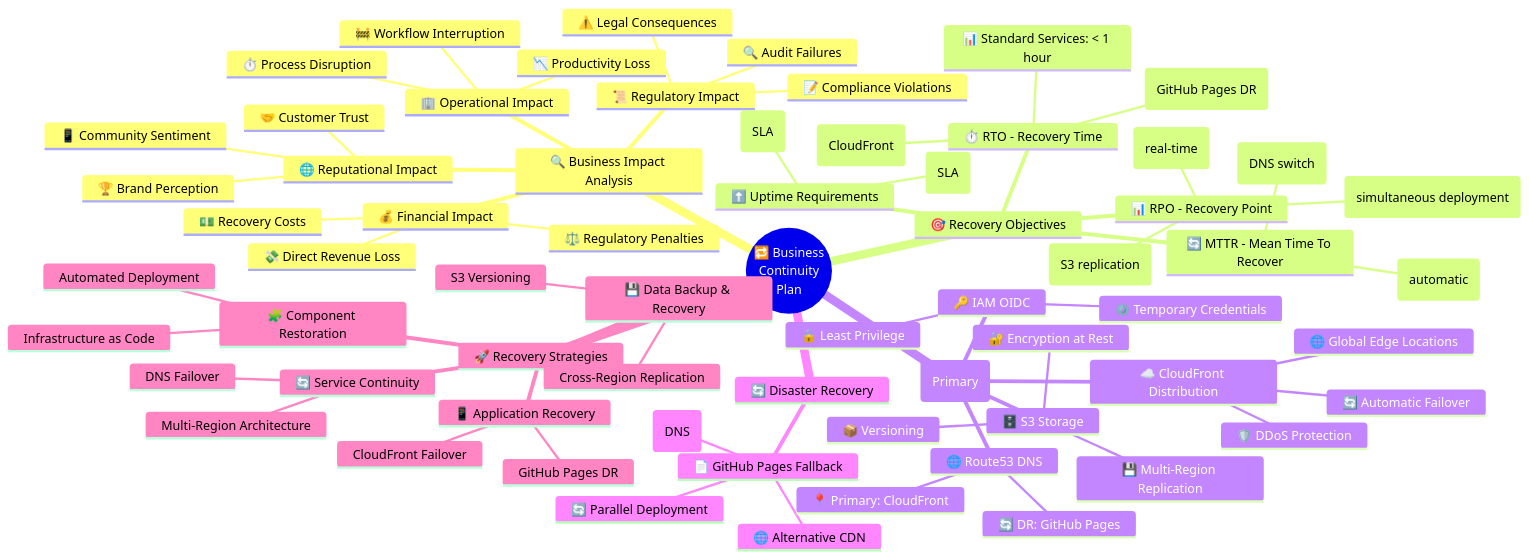
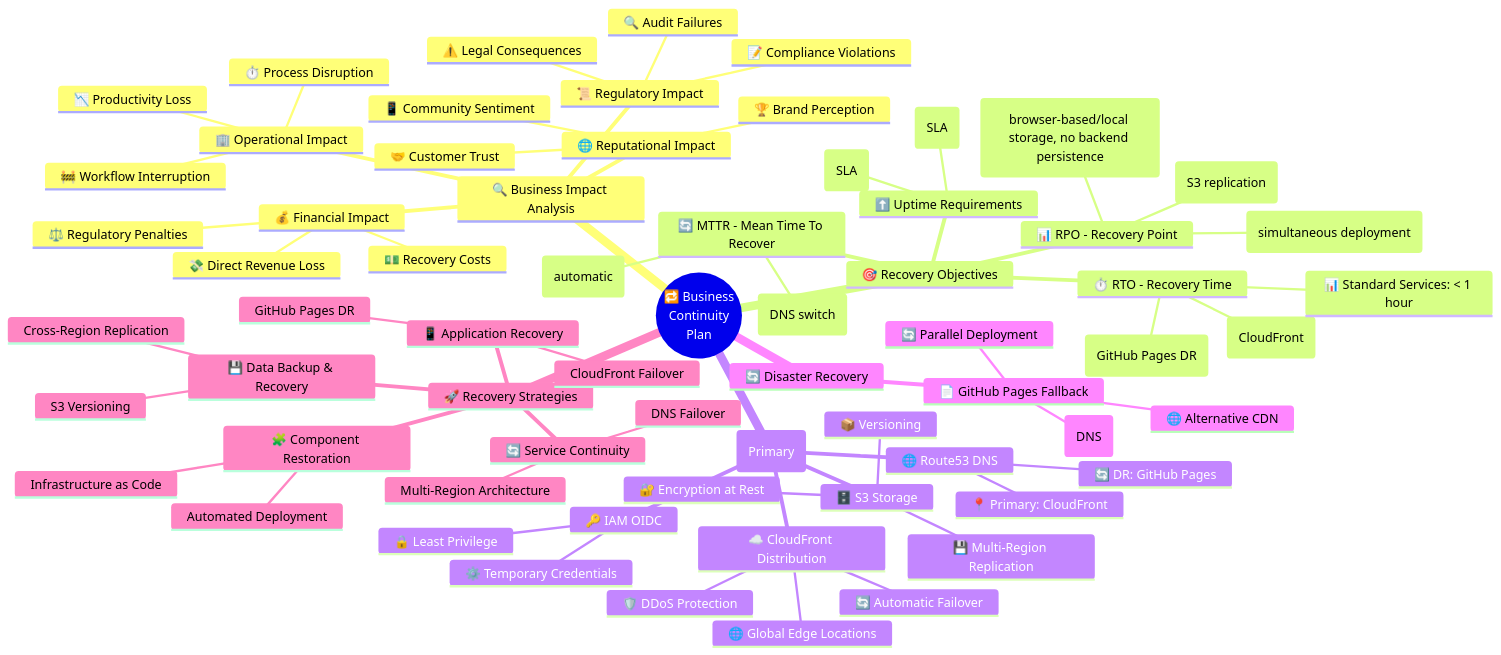
The first of 33 diagrams in docs/architecture/BCPPlan.md (Hack23/cia-compliance-manager), drawn with Mermaid before and after one commit. The commit also changed other lines of this file and 4 other files, not shown here.

````diff
--- a/docs/architecture/BCPPlan.md
+++ b/docs/architecture/BCPPlan.md
@@ -34,69 +34,69 @@
 ```mermaid
 mindmap
   root((🔁 Business<br>Continuity<br>Plan))
     🔍 Business Impact Analysis
       💰 Financial Impact
         💸 Direct Revenue Loss
         💵 Recovery Costs
         ⚖️ Regulatory Penalties
       🏢 Operational Impact
         ⏱️ Process Disruption
         📉 Productivity Loss
         🚧 Workflow Interruption
       🌐 Reputational Impact
         🤝 Customer Trust
         🏆 Brand Perception
         📱 Community Sentiment
       📜 Regulatory Impact
         📝 Compliance Violations
         🔍 Audit Failures
         ⚠️ Legal Consequences
     🎯 Recovery Objectives
       ⏱️ RTO - Recovery Time
         🚨 Critical Services: < 5 min (CloudFront)
         🔔 Important Services: < 15 min (GitHub Pages DR)
         📊 Standard Services: < 1 hour
       📊 RPO - Recovery Point
-        💾 User Data: 0 (real-time)
+        💾 User Data: 0 (browser-based/local storage, no backend persistence)
         ⚙️ Configuration: 0 (simultaneous deployment)
         🗄️ Historical Records: < 1 min (S3 replication)
       🔄 MTTR - Mean Time To Recover
         ☁️ CloudFront: < 5 min (automatic)
         📄 GitHub Pages DR: < 15 min (DNS switch)
       ⬆️ Uptime Requirements
         ☁️ CloudFront: 99.9% (SLA)
         💾 S3 Multi-Region: 99.99% (SLA)
     🛡️ AWS Infrastructure (Primary)
       ☁️ CloudFront Distribution
         🌐 Global Edge Locations
         🔄 Automatic Failover
         🛡️ DDoS Protection
       🗄️ S3 Storage
         💾 Multi-Region Replication
         🔐 Encryption at Rest
         📦 Versioning
       🌐 Route53 DNS
         📍 Primary: CloudFront
         🔄 DR: GitHub Pages
       🔑 IAM OIDC
         ⚙️ Temporary Credentials
         🔒 Least Privilege
     🔄 Disaster Recovery
       📄 GitHub Pages Fallback
         🔄 Parallel Deployment
         📊 < 15 min RTO (DNS)
         🌐 Alternative CDN
     🚀 Recovery Strategies
       💾 Data Backup & Recovery
         S3 Versioning
         Cross-Region Replication
       📱 Application Recovery
         CloudFront Failover
         GitHub Pages DR
       🧩 Component Restoration
         Automated Deployment
         Infrastructure as Code
       🔄 Service Continuity
         Multi-Region Architecture
         DNS Failover
 ```
````
